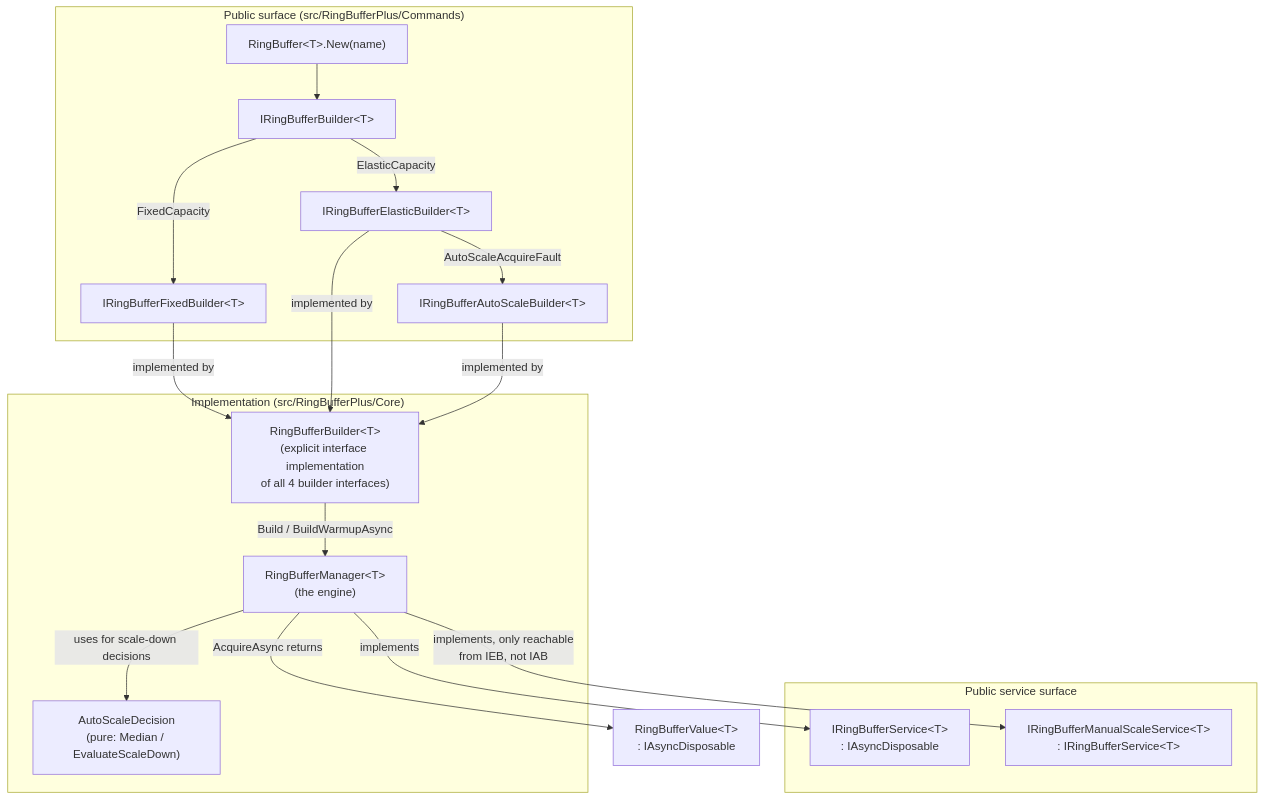
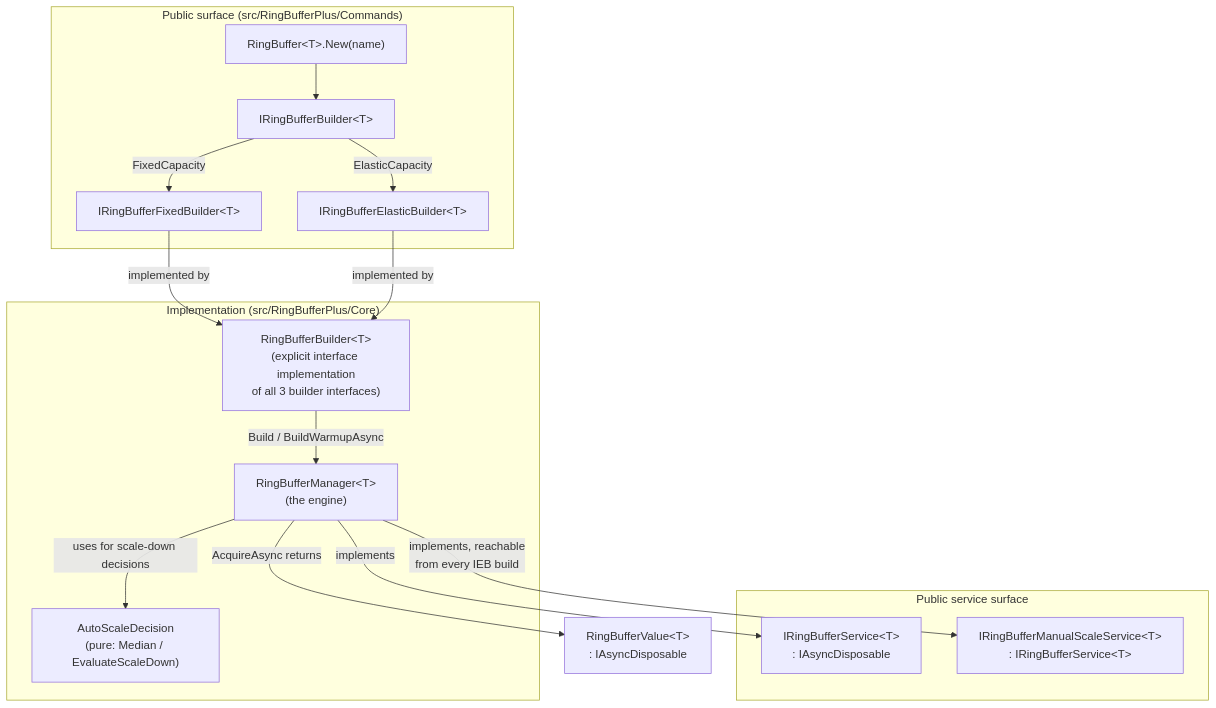
Before and after one commit to FRACerqueira/RingBufferPlus: the diagram in doc/architecture/overview.md, drawn with Mermaid. The commit also changed other lines of this file and 55 other files, not shown here.

````diff
--- a/doc/architecture/overview.md
+++ b/doc/architecture/overview.md
@@ -9,34 +9,32 @@
 ```mermaid
 flowchart TB
     subgraph "Public surface (src/RingBufferPlus/Commands)"
         RB["RingBuffer&lt;T&gt;.New(name)"]
         IB["IRingBufferBuilder&lt;T&gt;"]
         IFB["IRingBufferFixedBuilder&lt;T&gt;"]
         IEB["IRingBufferElasticBuilder&lt;T&gt;"]
-        IAB["IRingBufferAutoScaleBuilder&lt;T&gt;"]
     end
 
     subgraph "Implementation (src/RingBufferPlus/Core)"
-        Builder["RingBufferBuilder&lt;T&gt;<br/>(explicit interface implementation<br/>of all 4 builder interfaces)"]
+        Builder["RingBufferBuilder&lt;T&gt;<br/>(explicit interface implementation<br/>of all 3 builder interfaces)"]
         Manager["RingBufferManager&lt;T&gt;<br/>(the engine)"]
         Decision["AutoScaleDecision<br/>(pure: Median / EvaluateScaleDown)"]
     end
 
     subgraph "Public service surface"
         Service["IRingBufferService&lt;T&gt;<br/>: IAsyncDisposable"]
         ManualService["IRingBufferManualScaleService&lt;T&gt;<br/>: IRingBufferService&lt;T&gt;"]
     end
 
     Value["RingBufferValue&lt;T&gt;<br/>: IAsyncDisposable"]
 
     RB --> IB
     IB -->|FixedCapacity| IFB
     IB -->|ElasticCapacity| IEB
-    IEB -->|AutoScaleAcquireFault| IAB
-    IFB & IEB & IAB -->|implemented by| Builder
+    IFB & IEB -->|implemented by| Builder
     Builder -->|Build / BuildWarmupAsync| Manager
     Manager -->|implements| Service
-    Manager -->|implements, only reachable<br/>from IEB, not IAB| ManualService
+    Manager -->|implements, reachable<br/>from every IEB build| ManualService
     Manager -->|uses for scale-down decisions| Decision
     Manager -->|AcquireAsync returns| Value
 ```
````
